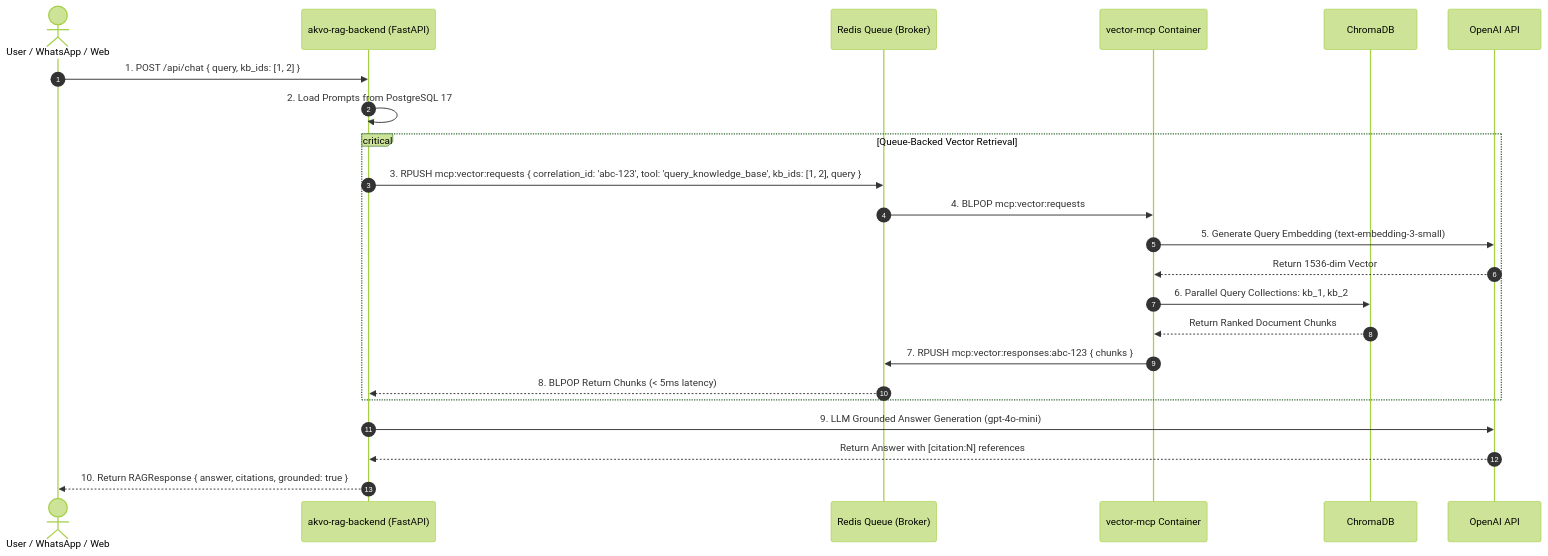
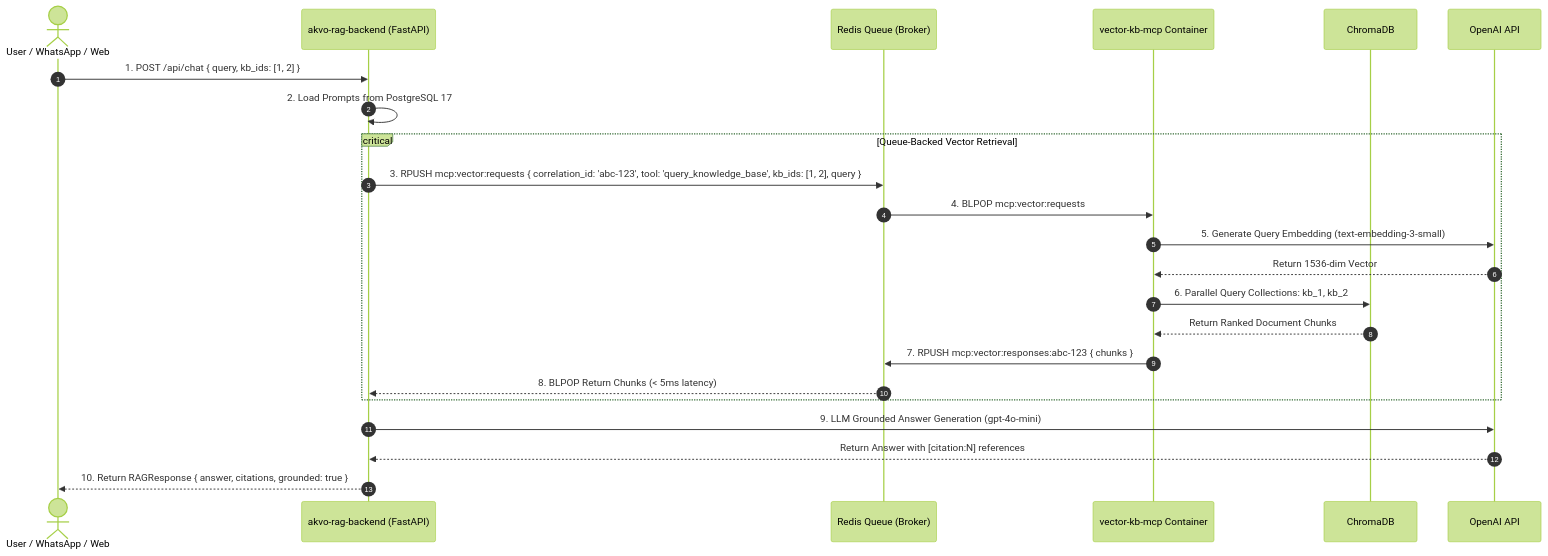
The seventh of 8 diagrams in docs/lld/container_based_rag_platform_lld.md (akvo/akvo-rag), drawn with Mermaid (forest theme) before and after one commit. The commit also changed other lines of this file, not shown here.

Commit message:
docs(lld): align container naming to vector-kb-mcp and clarify multi-schema PostgreSQL ownership

````diff
--- a/docs/lld/container_based_rag_platform_lld.md
+++ b/docs/lld/container_based_rag_platform_lld.md
@@ -588,28 +588,28 @@
 ```mermaid
 sequenceDiagram
     autonumber
     actor User as User / WhatsApp / Web
     participant Backend as akvo-rag-backend (FastAPI)
     participant Redis as Redis Queue (Broker)
-    participant VectorMCP as vector-mcp Container
+    participant VectorMCP as vector-kb-mcp Container
     participant Chroma as ChromaDB
     participant OpenAI as OpenAI API
 
     User->>Backend: 1. POST /api/chat { query, kb_ids: [1, 2] }
     Backend->>Backend: 2. Load Prompts from PostgreSQL 17
     
     critical Queue-Backed Vector Retrieval
         Backend->>Redis: 3. RPUSH mcp:vector:requests { correlation_id: 'abc-123', tool: 'query_knowledge_base', kb_ids: [1, 2], query }
         Redis->>VectorMCP: 4. BLPOP mcp:vector:requests
         VectorMCP->>OpenAI: 5. Generate Query Embedding (text-embedding-3-small)
         OpenAI-->>VectorMCP: Return 1536-dim Vector
         VectorMCP->>Chroma: 6. Parallel Query Collections: kb_1, kb_2
         Chroma-->>VectorMCP: Return Ranked Document Chunks
         VectorMCP->>Redis: 7. RPUSH mcp:vector:responses:abc-123 { chunks }
         Redis-->>Backend: 8. BLPOP Return Chunks (< 5ms latency)
     end
     
     Backend->>OpenAI: 9. LLM Grounded Answer Generation (gpt-4o-mini)
     OpenAI-->>Backend: Return Answer with [citation:N] references
     Backend-->>User: 10. Return RAGResponse { answer, citations, grounded: true }
 ```
````
